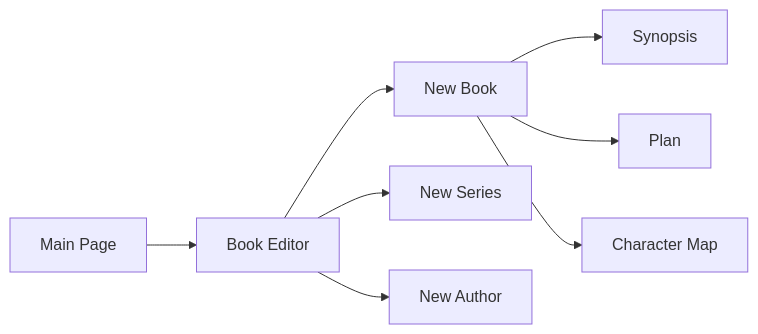
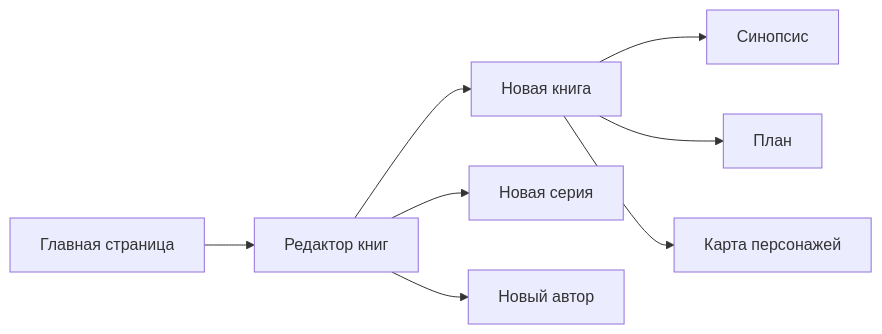
Before and after one commit to ikloster03/snowflake-desktop: the first of 2 diagrams in docs/navigation.md, drawn with Mermaid. The commit also changed other lines of this file, not shown here.

Commit message:
docs: обновить навигационную диаграмму и процесс создания книги с русскоязычными метками

````diff
--- a/docs/navigation.md
+++ b/docs/navigation.md
@@ -9,10 +7,10 @@
 ```mermaid
 graph LR
-    A[Main Page] --> B[Book Editor]
-    B --> C[New Book]
-    B --> D[New Series]
-    B --> E[New Author]
-    C --> F[Synopsis]
-    C --> G[Plan]
-    C --> H[Character Map]
+    A[Главная страница] --> B[Редактор книг]
+    B --> C[Новая книга]
+    B --> D[Новая серия]
+    B --> E[Новый автор]
+    C --> F[Синопсис]
+    C --> G[План]
+    C --> H[Карта персонажей]
 ```
````
